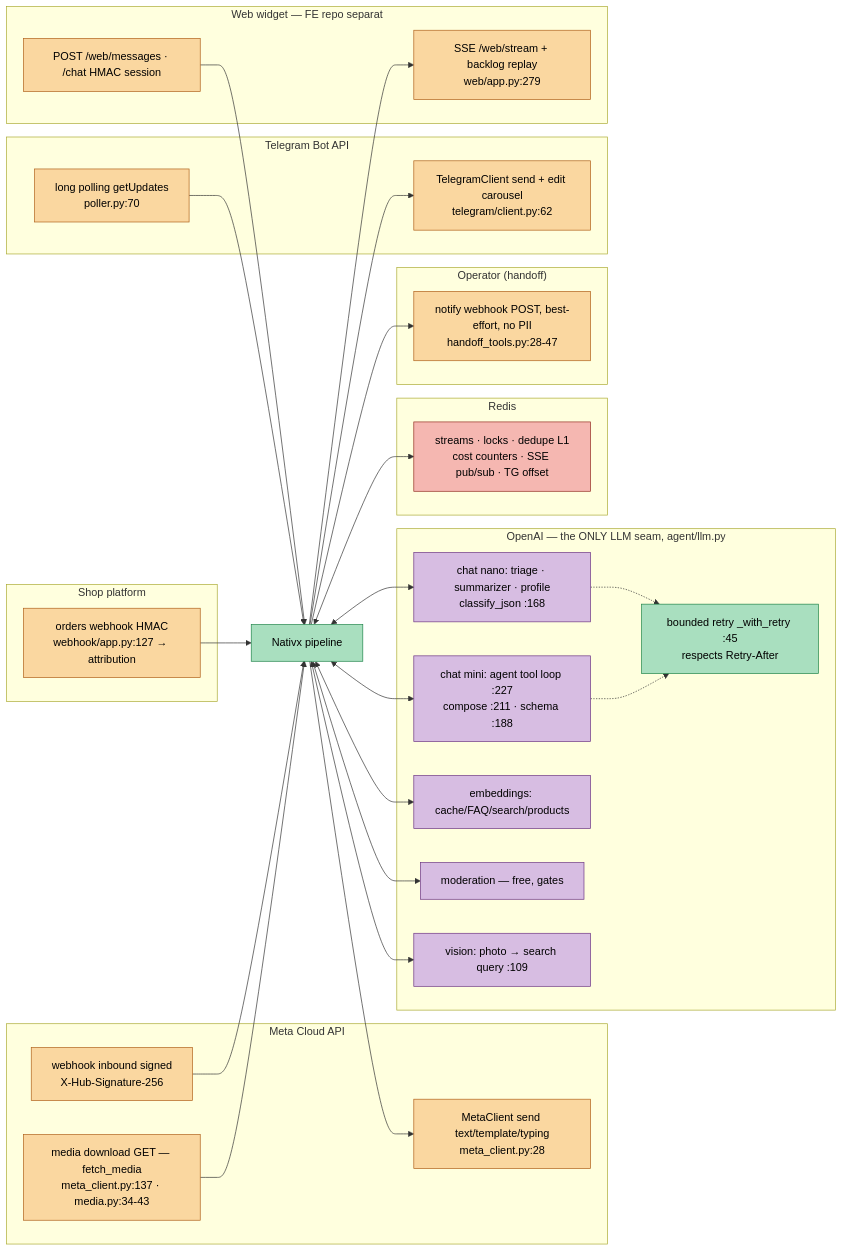
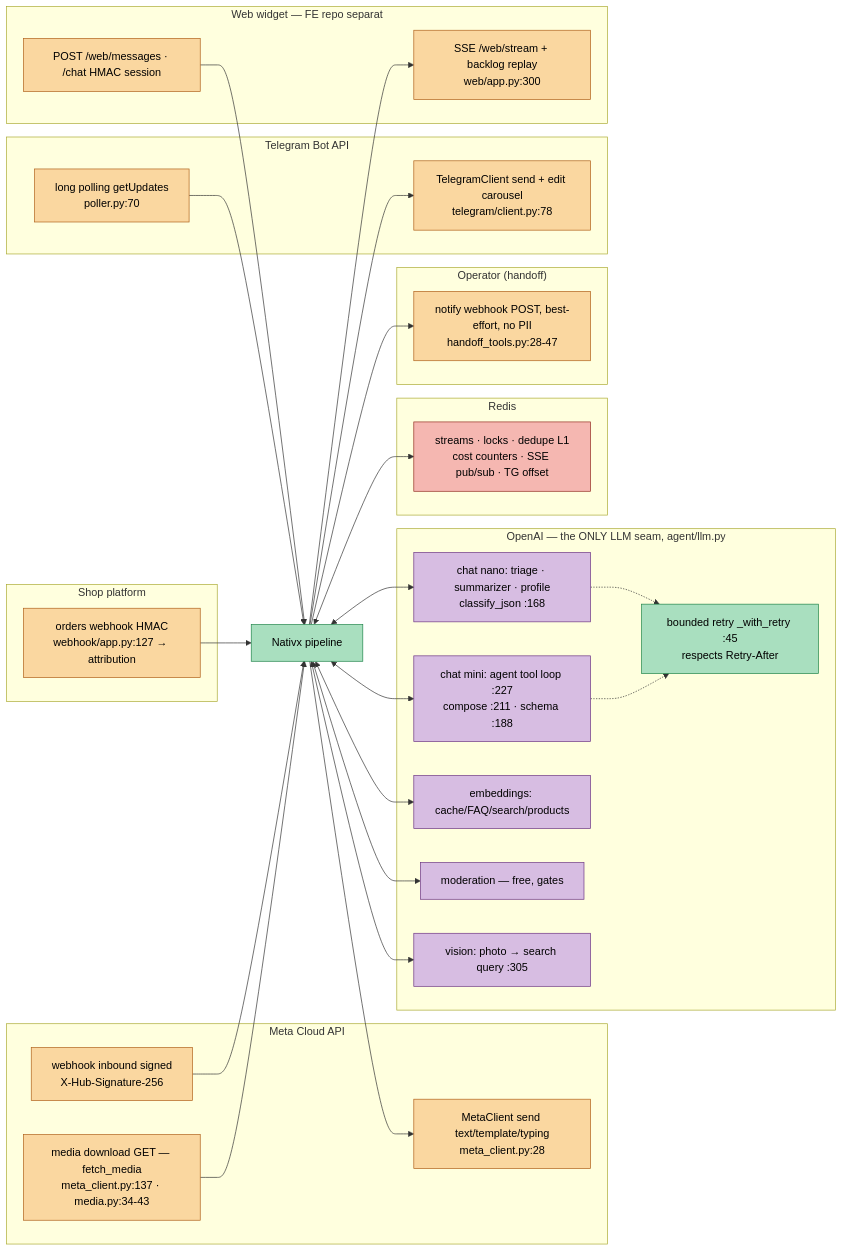
Diagram 12 of 14 in docs/ARCHITECTURE-WORKFLOWS.md (AdiBoaru/Sales-Ass), drawn with Mermaid before and after one commit. The commit also changed other lines of this file, not shown here.

First line of the commit message:
docs: verificare simbol-cu-simbol a diagramelor 1/2/4c/7/8/9/10 — 58 pointeri reparati

````diff
--- a/docs/ARCHITECTURE-WORKFLOWS.md
+++ b/docs/ARCHITECTURE-WORKFLOWS.md
@@ -913,64 +913,64 @@
 ```mermaid
 flowchart LR
   classDef sys fill:#a9dfbf,stroke:#1e8449,color:#000
   classDef ext fill:#fad7a0,stroke:#af601a,color:#000
   classDef llm fill:#d7bde2,stroke:#6c3483,color:#000
   classDef q fill:#f5b7b1,stroke:#922b21,color:#000
 
   subgraph OpenAI["OpenAI — the ONLY LLM seam, agent/llm.py"]
     NANO["chat nano: triage · summarizer · profile<br/>classify_json :168"]:::llm
     MINI["chat mini: agent tool loop :227<br/>compose :211 · schema :188"]:::llm
     EMBD["embeddings: cache/FAQ/search/products"]:::llm
     MOD["moderation — free, gates"]:::llm
-    VISN["vision: photo → search query :109"]:::llm
+    VISN["vision: photo → search query :305"]:::llm
     RTY["bounded retry _with_retry :45<br/>respects Retry-After"]:::sys
   end
 
   subgraph Meta["Meta Cloud API"]
     MIN["webhook inbound signed<br/>X-Hub-Signature-256"]:::ext
     MOUT["MetaClient send text/template/typing<br/>meta_client.py:28"]:::ext
     MMED["media download GET — fetch_media<br/>meta_client.py:137 · media.py:34-43"]:::ext
   end
 
   subgraph Operator["Operator (handoff)"]
     OPW["notify webhook POST, best-effort, no PII<br/>handoff_tools.py:28-47"]:::ext
   end
 
   subgraph TG["Telegram Bot API"]
     TIN["long polling getUpdates<br/>poller.py:70"]:::ext
-    TOUT["TelegramClient send + edit carousel<br/>telegram/client.py:62"]:::ext
+    TOUT["TelegramClient send + edit carousel<br/>telegram/client.py:78"]:::ext
   end
 
   subgraph Web["Web widget — FE repo separat"]
     WIN["POST /web/messages · /chat HMAC session"]:::ext
-    WOUT2["SSE /web/stream + backlog replay<br/>web/app.py:279"]:::ext
+    WOUT2["SSE /web/stream + backlog replay<br/>web/app.py:300"]:::ext
   end
 
   subgraph Shop["Shop platform"]
     OIN["orders webhook HMAC<br/>webhook/app.py:127 → attribution"]:::ext
   end
 
   subgraph RedisSvc["Redis"]
     RS["streams · locks · dedupe L1<br/>cost counters · SSE pub/sub · TG offset"]:::q
   end
 
   SYS["Nativx pipeline"]:::sys
 
   MIN --> SYS
   TIN --> SYS
   WIN --> SYS
   OIN --> SYS
   MMED --> SYS
   SYS --> OPW
   SYS --> MOUT
   SYS --> TOUT
   SYS --> WOUT2
   SYS <--> RS
   SYS <--> NANO
   SYS <--> MINI
   SYS <--> EMBD
   SYS <--> MOD
   SYS <--> VISN
   NANO -.-> RTY
   MINI -.-> RTY
 ```
````
